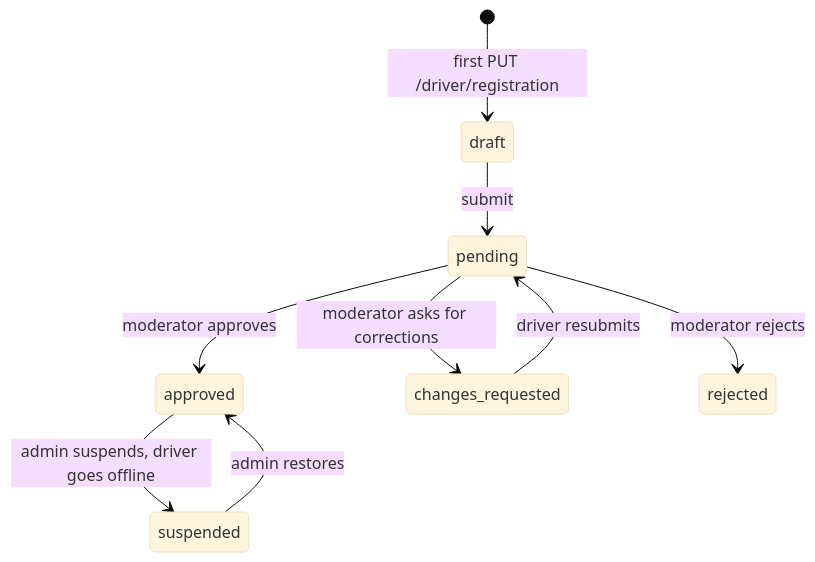
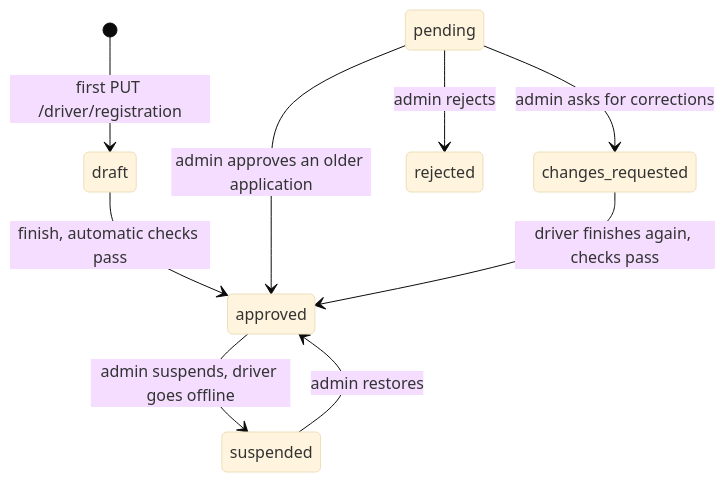
The seventh of 14 diagrams in docs/DIAGRAMS.md (yereke99/jan-taxi), drawn with Mermaid (base theme) before and after one commit. The commit also changed other lines of this file and 123 other files, not shown here.

````diff
--- a/docs/DIAGRAMS.md
+++ b/docs/DIAGRAMS.md
@@ -320,11 +322,11 @@
 ```mermaid
 stateDiagram-v2
   [*] --> draft: first PUT /driver/registration
-  draft --> pending: submit
-  pending --> approved: moderator approves
-  pending --> changes_requested: moderator asks for corrections
-  pending --> rejected: moderator rejects
-  changes_requested --> pending: driver resubmits
+  draft --> approved: finish, automatic checks pass
+  pending --> approved: admin approves an older application
+  pending --> changes_requested: admin asks for corrections
+  pending --> rejected: admin rejects
+  changes_requested --> approved: driver finishes again, checks pass
   approved --> suspended: admin suspends, driver goes offline
   suspended --> approved: admin restores
 ```
````
